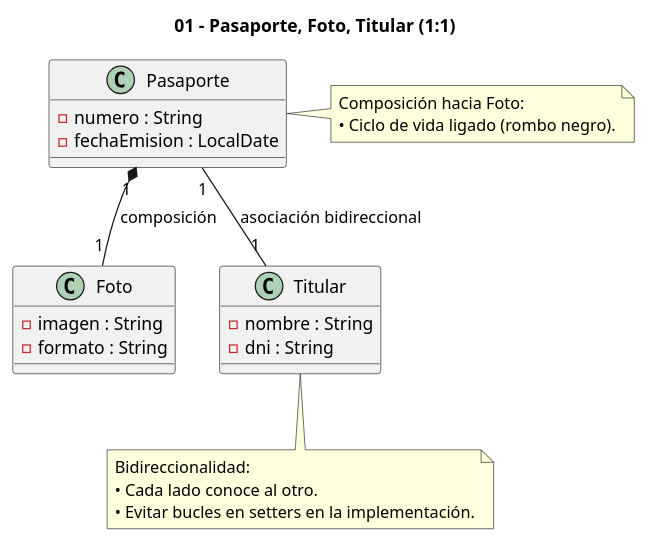
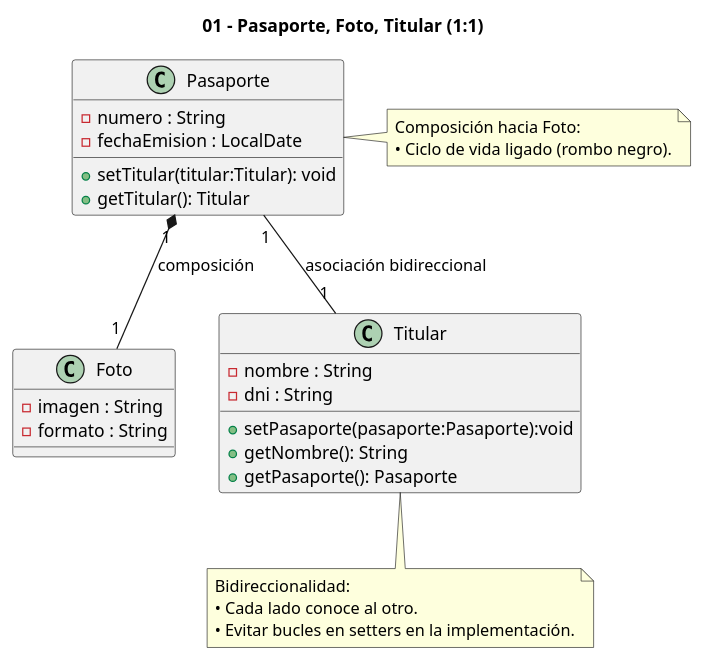
Before and after one commit to guillecampoy/tp5-UML: the diagram in docs/uml/plantuml/01-pasaporte-foto-titular.puml, drawn with PlantUML. The commit also changed 6 other files, not shown here.

Commit message:
Implemento ejercicio 2 Se crea diagrama correspondiente en formato plantUML Se genera y guarda imágen .png del diagrama Se crean clases java de referencia para demostrar el diagrama

```diff
--- a/docs/uml/plantuml/01-pasaporte-foto-titular.puml
+++ b/docs/uml/plantuml/01-pasaporte-foto-titular.puml
@@ -1,39 +1,44 @@
 @startuml
 title 01 - Pasaporte, Foto, Titular (1:1)
 
 ' Estilo de lectura
 skinparam classAttributeIconVisibility false
 
 ' Clases y atributos mínimos según el enunciado
 class Pasaporte {
   - numero : String
   - fechaEmision : LocalDate
+  + setTitular(titular:Titular): void
+  + getTitular(): Titular
 }
 class Foto {
   - imagen : String
   - formato : String
 }
 class Titular {
   - nombre : String
   - dni : String
+  + setPasaporte(pasaporte:Pasaporte):void
+  + getNombre(): String
+  + getPasaporte(): Pasaporte
 }
 
 ' Composición: el Pasaporte "posee" la Foto (ciclo de vida dependiente)
 Pasaporte "1" *-- "1" Foto : composición
 
 ' Asociación bidireccional 1:1 entre Pasaporte y Titular
 Pasaporte "1" -- "1" Titular : asociación bidireccional
 
 ' Notas (opcional)
 note right of Pasaporte
   Composición hacia Foto:
   • Ciclo de vida ligado (rombo negro).
 end note
 
 note as N1
   Bidireccionalidad:
   • Cada lado conoce al otro.
   • Evitar bucles en setters en la implementación.
 end note
 Titular .. N1
 @enduml
```
